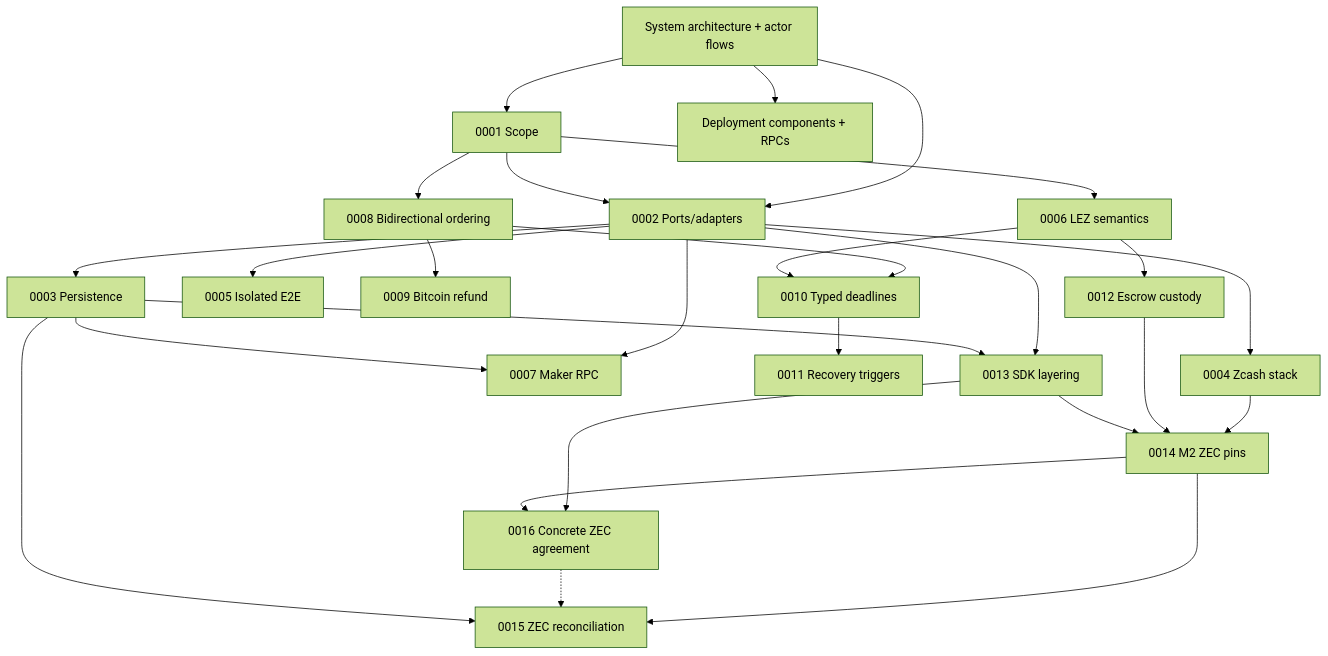
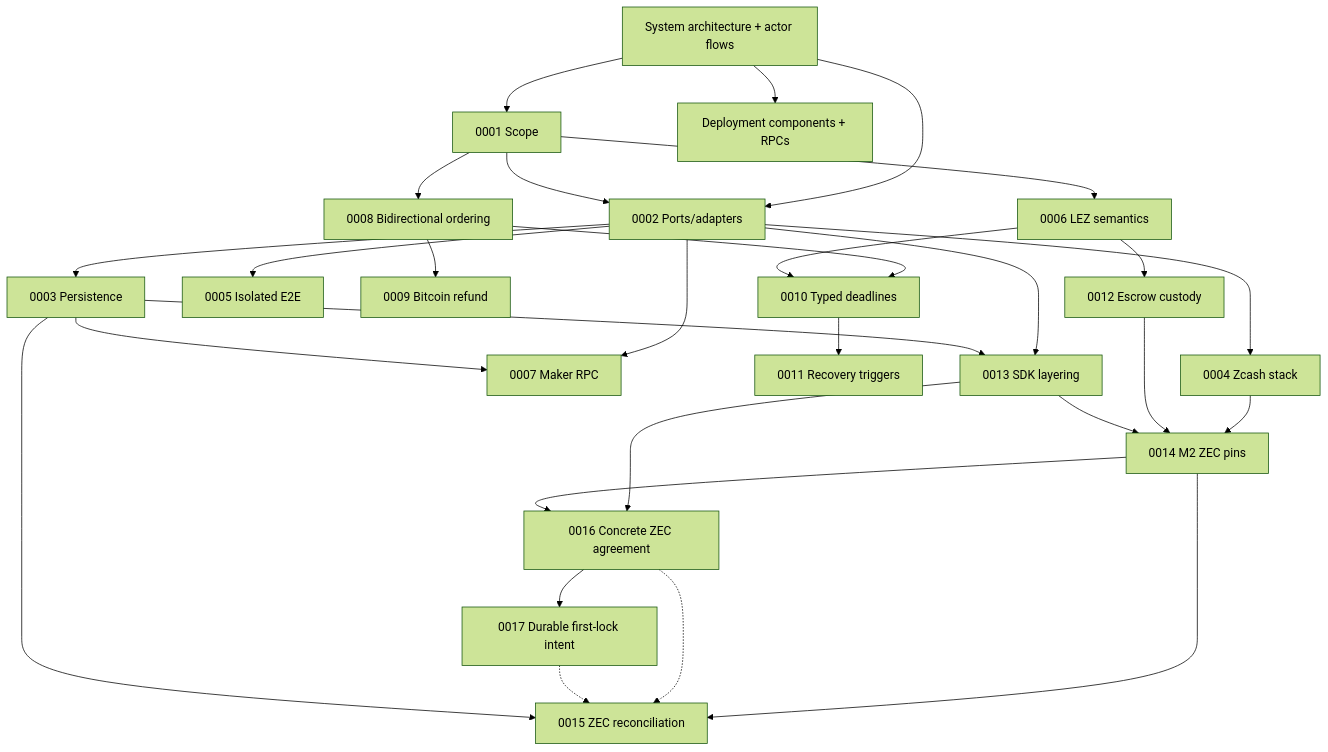
Before and after one commit to gateway-fm/lez-atomic-swaps: the diagram in docs/architecture/README.md, drawn with Mermaid (forest theme). The commit also changed other lines of this file and 14 other files, not shown here.

Commit message:
feat: stage crash-safe ZEC first locks

````diff
--- a/docs/architecture/README.md
+++ b/docs/architecture/README.md
@@ -25,29 +25,31 @@
 ```mermaid
 flowchart TB
     System["System architecture + actor flows"] --> Scope["0001 Scope"]
     System --> Deployment["Deployment components + RPCs"]
     System --> Ports["0002 Ports/adapters"]
     Scope --> Ports
     Ports --> Persistence["0003 Persistence"]
     Ports --> Zcash["0004 Zcash stack"]
     Ports --> Docker["0005 Isolated E2E"]
     Scope --> LEZ["0006 LEZ semantics"]
     Ports --> RPC["0007 Maker RPC"]
     Scope --> Direction["0008 Bidirectional ordering"]
     Direction --> Bitcoin["0009 Bitcoin refund"]
     Direction --> Deadlines["0010 Typed deadlines"]
     LEZ --> Deadlines
     Deadlines --> Recovery["0011 Recovery triggers"]
     LEZ --> Custody["0012 Escrow custody"]
     Ports --> SDK["0013 SDK layering"]
     Zcash --> ZecPins["0014 M2 ZEC pins"]
     Custody --> ZecPins
     SDK --> ZecPins
     ZecPins --> ZecReconcile["0015 ZEC reconciliation"]
     SDK --> Agreement["0016 Concrete ZEC agreement"]
+    Agreement --> FirstLock["0017 Durable first-lock intent"]
     ZecPins --> Agreement
     Agreement -.-> ZecReconcile
+    FirstLock -.-> ZecReconcile
     Persistence --> ZecReconcile
     Persistence --> SDK
     Persistence --> RPC
 ```
````
